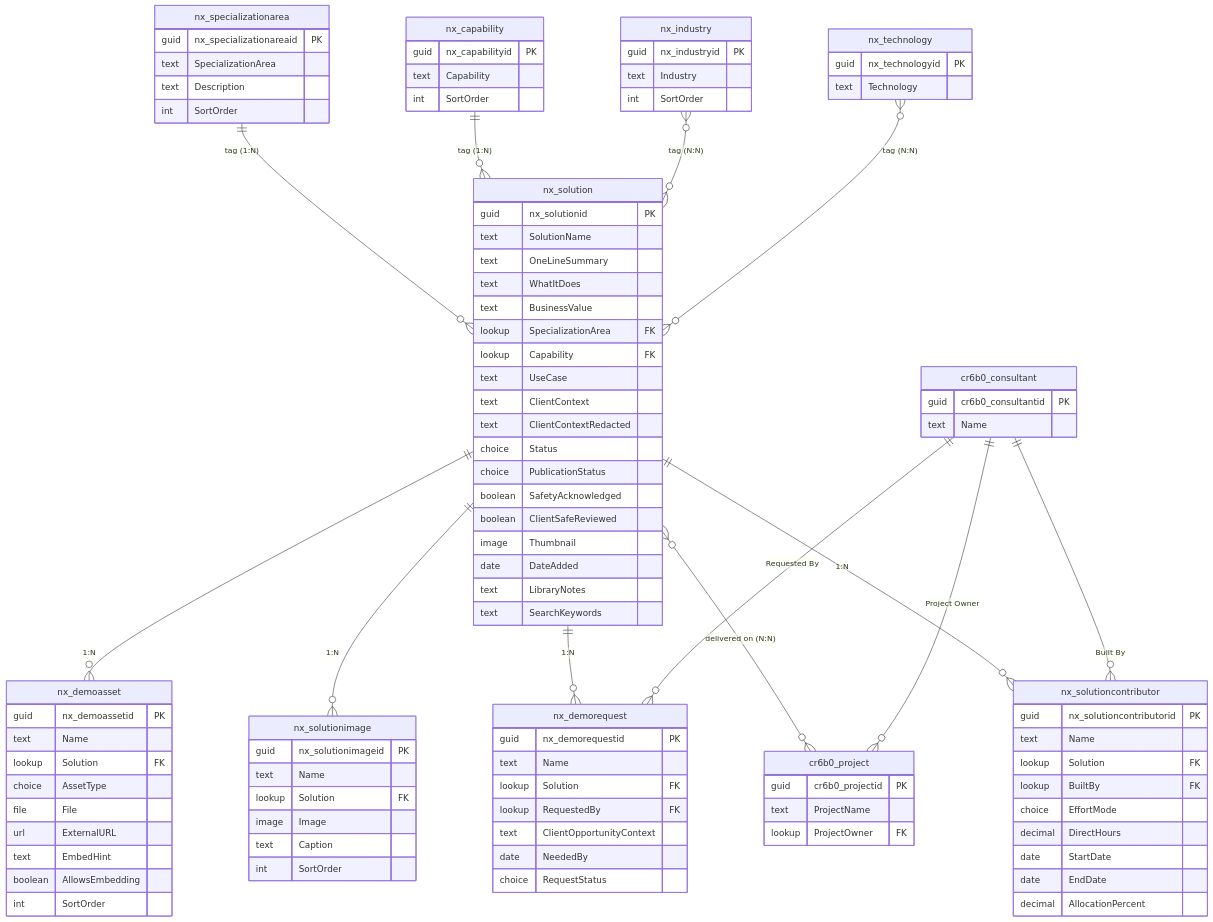
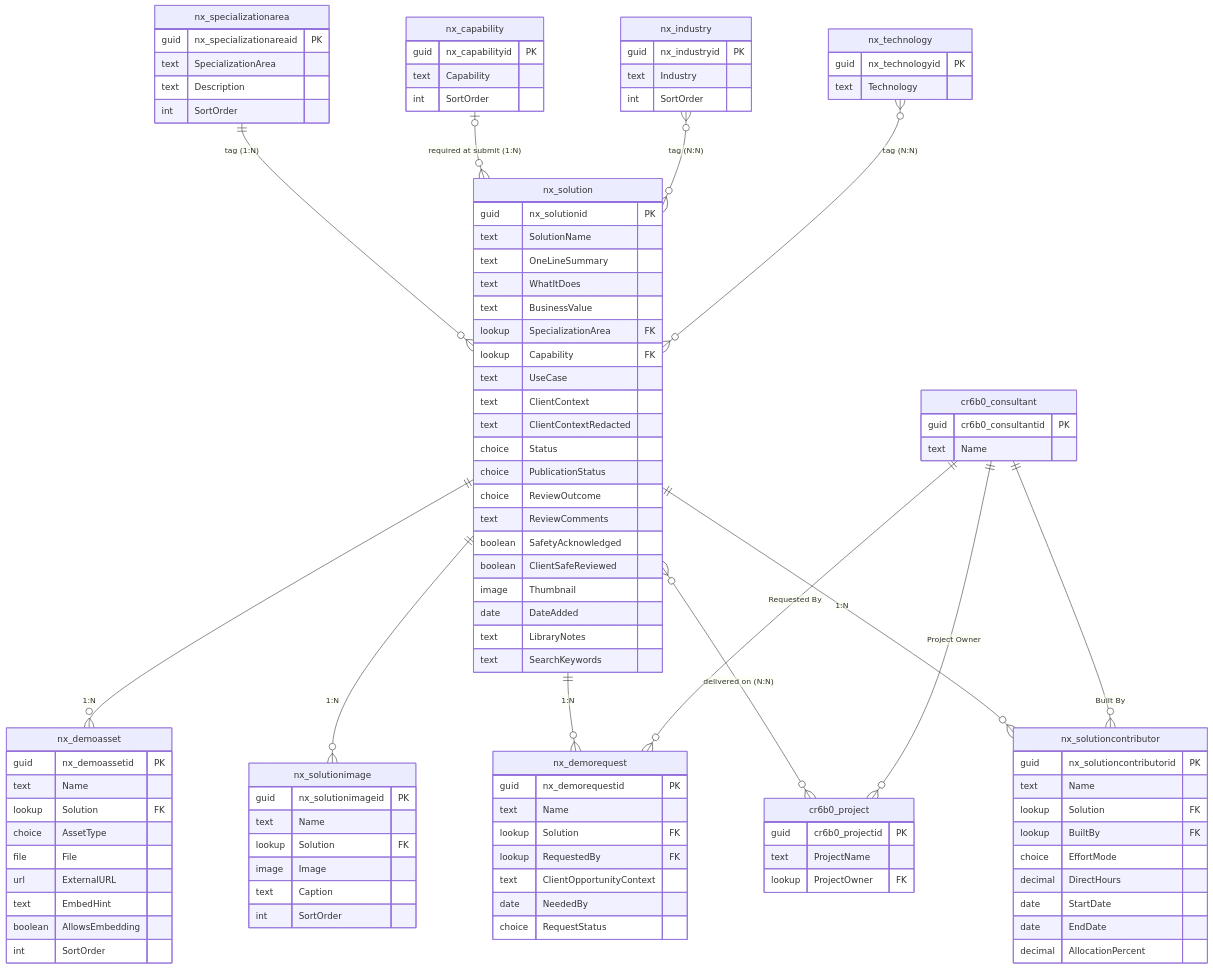
The first of 3 diagrams in docs/data_model/SchemaV2.md (lpreciado-nextant/PRISMA), drawn with Mermaid before and after one commit. The commit also changed other lines of this file and 19 other files, not shown here.

````diff
--- a/docs/data_model/SchemaV2.md
+++ b/docs/data_model/SchemaV2.md
@@ -30,7 +31,7 @@
 ```mermaid
 erDiagram
     nx_specializationarea ||--o{ nx_solution : "tag (1:N)"
-    nx_capability ||--o{ nx_solution : "tag (1:N)"
+    nx_capability |o--o{ nx_solution : "required at submit (1:N)"
     nx_industry }o--o{ nx_solution : "tag (N:N)"
     nx_technology }o--o{ nx_solution : "tag (N:N)"
     nx_solution ||--o{ nx_demoasset : "1:N"
@@ -55,6 +56,8 @@
         text ClientContextRedacted
         choice Status
         choice PublicationStatus
+        choice ReviewOutcome
+        text ReviewComments
         boolean SafetyAcknowledged
         boolean ClientSafeReviewed
         image Thumbnail
````
